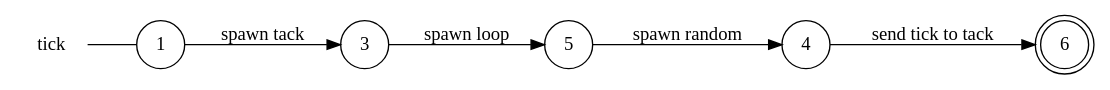
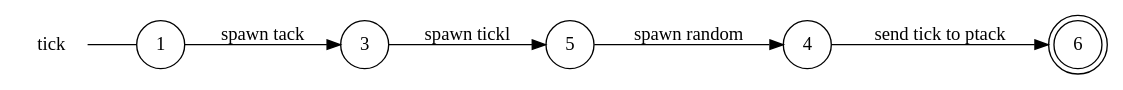
One commit to gabrielegenovese/chorer changed the diagram in out/tick_local_view.dot. Above: the diagram before and after it, drawn with Graphviz. The commit also changed 10 other files, not shown here.

```diff
--- a/out/tick_local_view.dot
+++ b/out/tick_local_view.dot
@@ -1,15 +1,15 @@
 digraph tick {
 	rankdir="LR";
 	n_0 [label="tick", shape="plaintext"];
 	n_1 [id="5", shape=circle, label="5"];
 	n_2 [id="6", shape=doublecircle, label="6"];
 	n_3 [id="1", shape=circle, label="1"];
 	n_0 -> n_3 [arrowhead=none];
 	n_4 [id="4", shape=circle, label="4"];
 	n_5 [id="3", shape=circle, label="3"];
 
-	n_4 -> n_2 [id="[$e|4]", label="send tick to tack"];
+	n_4 -> n_2 [id="[$e|4]", label="send tick to ptack"];
 	n_3 -> n_5 [id="[$e|5]", label="spawn tack"];
-	n_5 -> n_1 [id="[$e|3]", label="spawn loop"];
+	n_5 -> n_1 [id="[$e|3]", label="spawn tickl"];
 	n_1 -> n_4 [id="[$e|1]", label="spawn random"];
 }
```
